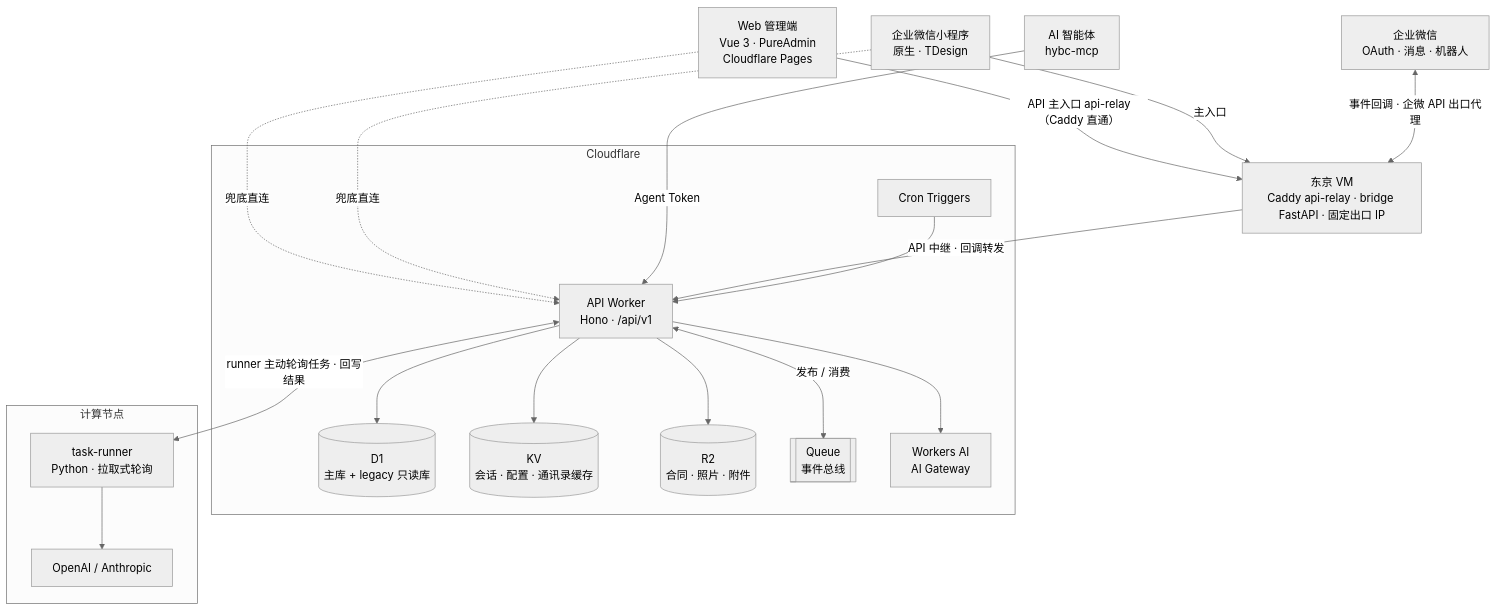
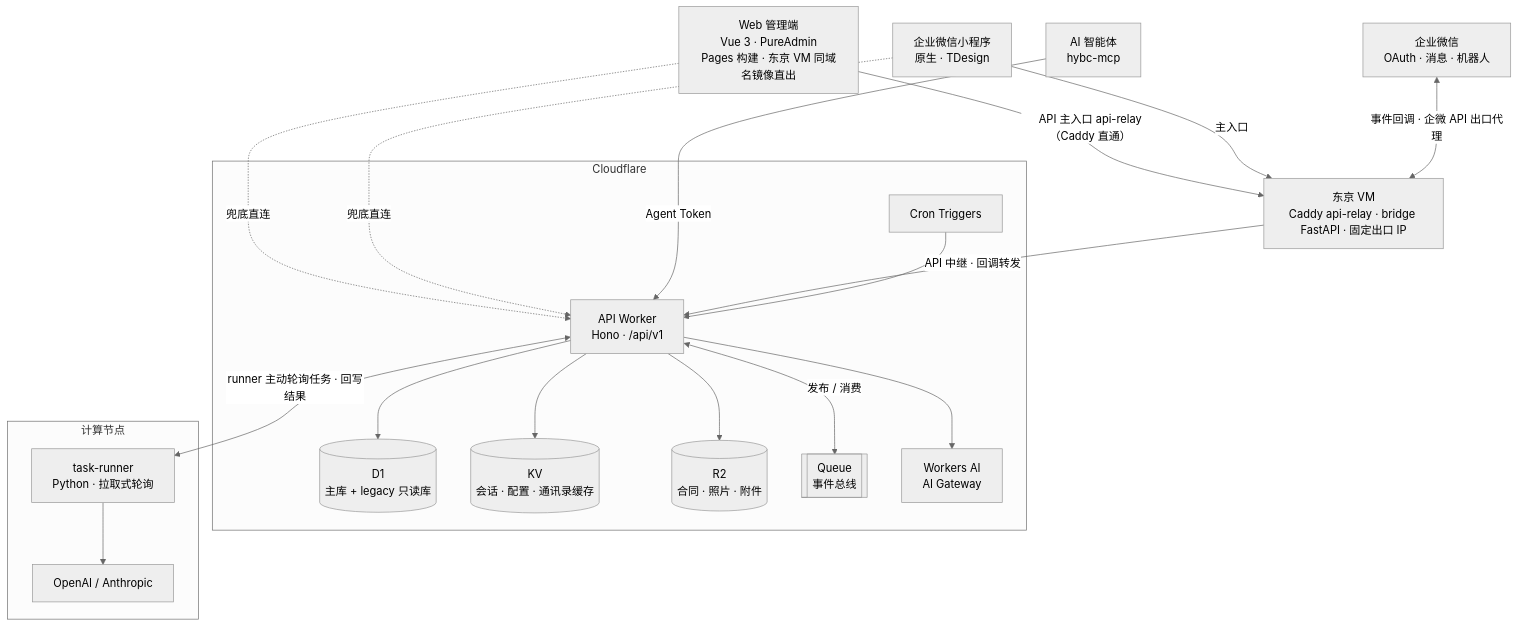
One commit to zliu259/hybc_core changed the first of 2 diagrams in README.md. Above: the diagram before and after it, drawn with Mermaid (neutral theme). The commit also changed other lines of this file and 6 other files, not shown here.

````diff
--- a/README.md
+++ b/README.md
@@ -60,39 +60,39 @@
 ```mermaid
 flowchart TB
-    web["Web 管理端<br/>Vue 3 · PureAdmin<br/>Cloudflare Pages"]
+    web["Web 管理端<br/>Vue 3 · PureAdmin<br/>Pages 构建 · 东京 VM 同域名镜像直出"]
     mini["企业微信小程序<br/>原生 · TDesign"]
     agent["AI 智能体<br/>hybc-mcp"]
     wecom["企业微信<br/>OAuth · 消息 · 机器人"]
 
     bridge["东京 VM<br/>Caddy api-relay · bridge FastAPI · 固定出口 IP"]
 
     subgraph cf["Cloudflare"]
         cron["Cron Triggers"]
         api["API Worker<br/>Hono · /api/v1"]
         d1[("D1<br/>主库 + legacy 只读库")]
         kv[("KV<br/>会话 · 配置 · 通讯录缓存")]
         r2[("R2<br/>合同 · 照片 · 附件")]
         queue[["Queue<br/>事件总线"]]
         cfai["Workers AI<br/>AI Gateway"]
     end
 
     subgraph compute["计算节点"]
         runner["task-runner<br/>Python · 拉取式轮询"]
         llm["OpenAI / Anthropic"]
     end
 
     web -->|API 主入口 api-relay（Caddy 直通）| bridge
     web -.->|兜底直连| api
     mini -->|主入口| bridge
     mini -.->|兜底直连| api
     agent -->|Agent Token| api
     agent ~~~ bridge
     wecom <-->|事件回调 · 企微 API 出口代理| bridge
     bridge -->|API 中继 · 回调转发| api
     cron --> api
     api --> d1 & kv & r2
     api <-->|发布 / 消费| queue
     api --> cfai
     api <-->|runner 主动轮询任务 · 回写结果| runner
     runner --> llm
 ```
````
